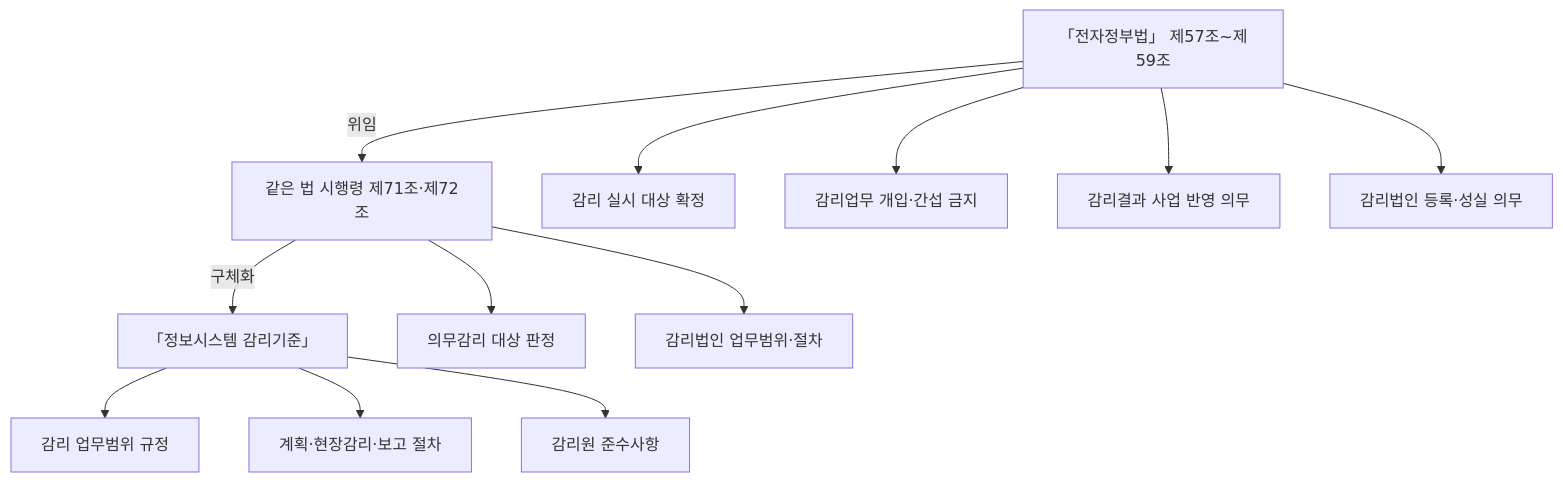
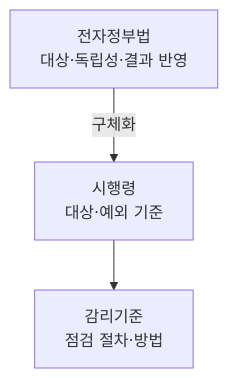
The first of 3 diagrams in src/content/docs/notes/itpe/01-it-strategy/008_it_audit.md (agnusdei1207/study), drawn with Mermaid before and after one commit. The commit also changed other lines of this file and 10 other files, not shown here.

````diff
--- a/src/content/docs/notes/itpe/01-it-strategy/008_it_audit.md
+++ b/src/content/docs/notes/itpe/01-it-strategy/008_it_audit.md
@@ -49,17 +48,5 @@
 ```mermaid
 flowchart TD
-    LAW["「전자정부법」 제57조~제59조"] -->|위임| DECREE["같은 법 시행령 제71조·제72조"]
-    DECREE -->|구체화| RULE["「정보시스템 감리기준」"]
-
-    LAW --> L1["감리 실시 대상 확정"]
-    LAW --> L2["감리업무 개입·간섭 금지"]
-    LAW --> L3["감리결과 사업 반영 의무"]
-    LAW --> L4["감리법인 등록·성실 의무"]
-
-    DECREE --> D1["의무감리 대상 판정"]
-    DECREE --> D2["감리법인 업무범위·절차"]
-
-    RULE --> R1["감리 업무범위 규정"]
-    RULE --> R2["계획·현장감리·보고 절차"]
-    RULE --> R3["감리원 준수사항"]
+    LAW["전자정부법<br/>대상·독립성·결과 반영"] -->|구체화| DECREE["시행령<br/>대상·예외 기준"]
+    DECREE --> RULE["감리기준<br/>점검 절차·방법"]
 ```
````
